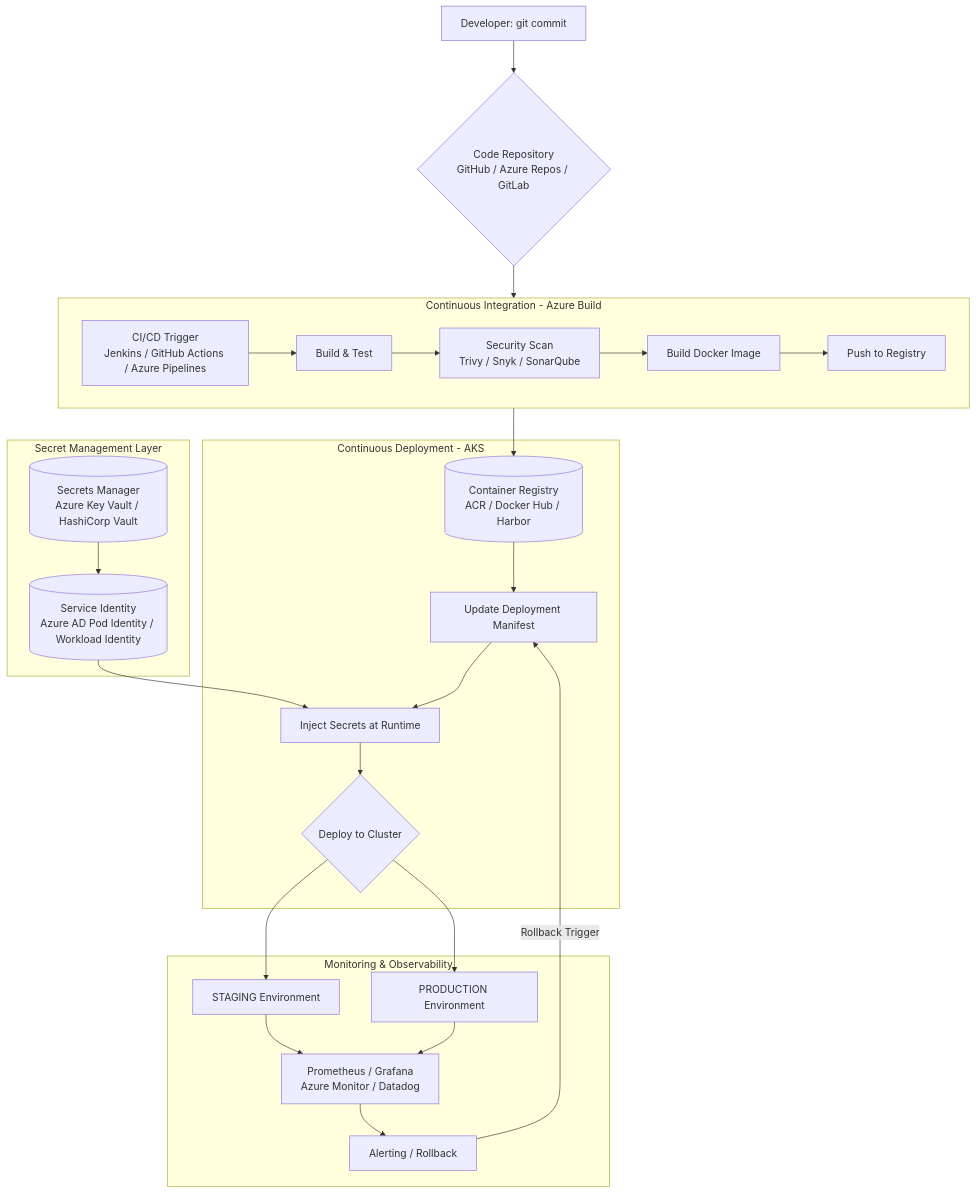
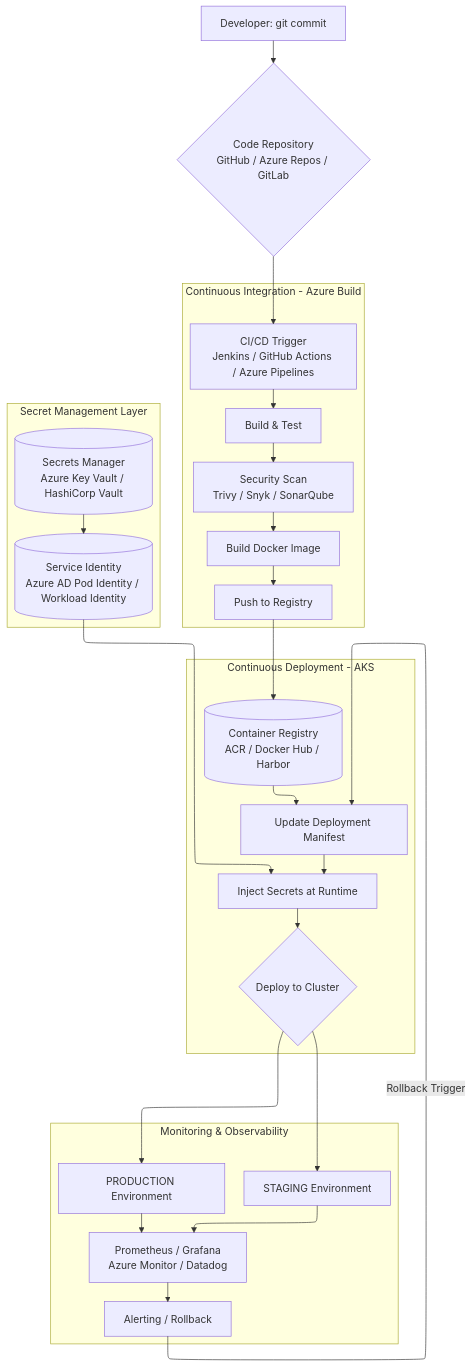
Before and after one commit to Vineet-Sharma-Medium-Stories/Medium-Build-Tool: the diagram in Code to Cluster: Building a Bulletproof Kubernetes Deployment Pipeline on AWS.md, drawn with Mermaid. The commit also changed 44 other files, not shown here.

````diff
--- a/Code to Cluster: Building a Bulletproof Kubernetes Deployment Pipeline on AWS.md
+++ b/Code to Cluster: Building a Bulletproof Kubernetes Deployment Pipeline on AWS.md
@@ -19,39 +19,44 @@
 ```mermaid
+---
+config:
+  theme: default
+  layout: elk
+---
 graph TD
-    A[Developer: git commit] --> B{Code Repository<br/>GitHub / Azure Repos / GitLab};
-    B --> C[CI/CD Trigger<br/>Jenkins / GitHub Actions / Azure Pipelines];
+    A[Developer: git commit] --> B{Code Repository<br/>GitHub / Azure Repos / GitLab}
+    B --> C[CI/CD Trigger<br/>Jenkins / GitHub Actions / Azure Pipelines]
 
     subgraph CI_Pipeline [Continuous Integration - Azure Build]
         direction LR
-        C --> D[Build & Test];
-        D --> E[Security Scan<br/>Trivy / Snyk / SonarQube];
-        E --> F[Build Docker Image];
-        F --> G[Push to Registry];
+        C --> D[Build & Test]
+        D --> E[Security Scan<br/>Trivy / Snyk / SonarQube]
+        E --> F[Build Docker Image]
+        F --> G[Push to Registry]
     end
 
-    G --> H[(Container Registry<br/>ACR / Docker Hub / Harbor)];
+    G --> H[(Container Registry<br/>ACR / Docker Hub / Harbor)]
 
     subgraph Secret_Management [Secret Management Layer]
         I[(Secrets Manager<br/>Azure Key Vault / HashiCorp Vault)]
         J[(Service Identity<br/>Azure AD Pod Identity / Workload Identity)]
         I --> J
     end
 
     subgraph CD_Pipeline [Continuous Deployment - AKS]
-        H --> K[Update Deployment Manifest];
-        J --> L[Inject Secrets at Runtime];
-        K --> L;
-        L --> M{Deploy to Cluster};
+        H --> K[Update Deployment Manifest]
+        J --> L[Inject Secrets at Runtime]
+        K --> L
+        L --> M{Deploy to Cluster}
     end
 
-    M --> N[STAGING Environment];
-    M --> O[PRODUCTION Environment];
+    M --> N[STAGING Environment]
+    M --> O[PRODUCTION Environment]
 
     subgraph Observability [Monitoring & Observability]
-        N --> P[Prometheus / Grafana<br/>Azure Monitor / Datadog];
-        O --> P;
-        P --> Q[Alerting / Rollback];
+        N --> P[Prometheus / Grafana<br/>Azure Monitor / Datadog]
+        O --> P
+        P --> Q[Alerting / Rollback]
     end
 
-    Q -- "Rollback Trigger" --> K;
+    Q -- "Rollback Trigger" --> K
 ```
````
